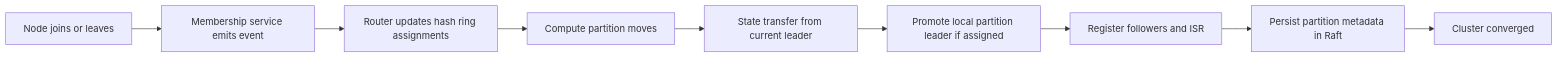
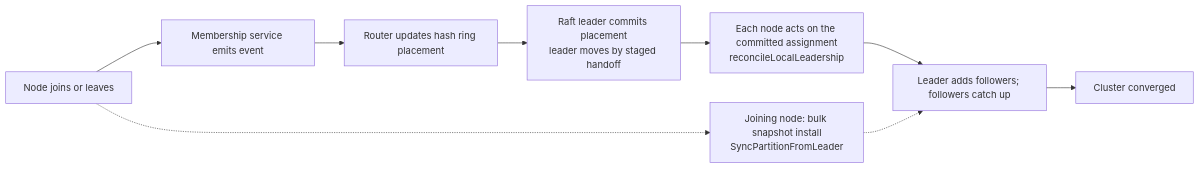
Before and after one commit to jatin711-debug/cronos_db_golang: the fourth of 7 diagrams in docs/DEVELOPER_ARCHITECTURE_GUIDE.md, drawn with Mermaid. The commit also changed other lines of this file and 31 other files, not shown here.

````diff
--- a/docs/DEVELOPER_ARCHITECTURE_GUIDE.md
+++ b/docs/DEVELOPER_ARCHITECTURE_GUIDE.md
@@ -372,15 +398,14 @@
 ```mermaid
 flowchart LR
     NodeJoin[Node joins or leaves]
     Membership[Membership service emits event]
-    Router[Router updates hash ring assignments]
-    Moves[Compute partition moves]
-    Sync[State transfer from current leader]
-    Promote[Promote local partition leader if assigned]
-    Follower[Register followers and ISR]
-    RaftSync[Persist partition metadata in Raft]
+    Router[Router updates hash ring placement]
+    RaftSync["Raft leader commits placement<br/>leader moves by staged handoff"]
+    Promote["Each node acts on the committed assignment<br/>reconcileLocalLeadership"]
+    Follower[Leader adds followers; followers catch up]
+    Sync["Joining node: bulk snapshot install<br/>SyncPartitionFromLeader"]
     Healthy[Cluster converged]
 
-    NodeJoin --> Membership --> Router --> Moves
-    Moves --> Sync --> Promote --> Follower --> RaftSync --> Healthy
+    NodeJoin --> Membership --> Router --> RaftSync --> Promote --> Follower --> Healthy
+    NodeJoin -.-> Sync -.-> Follower
 ```
````
